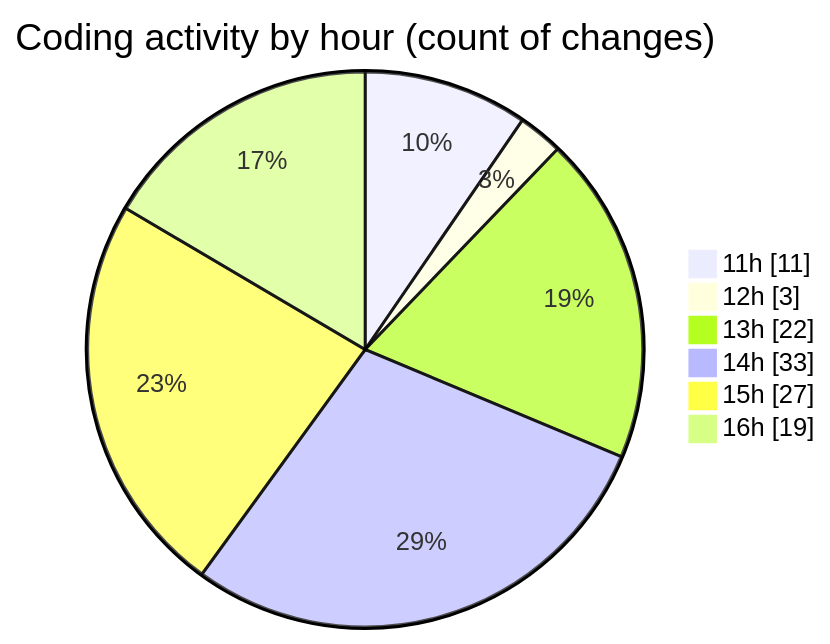
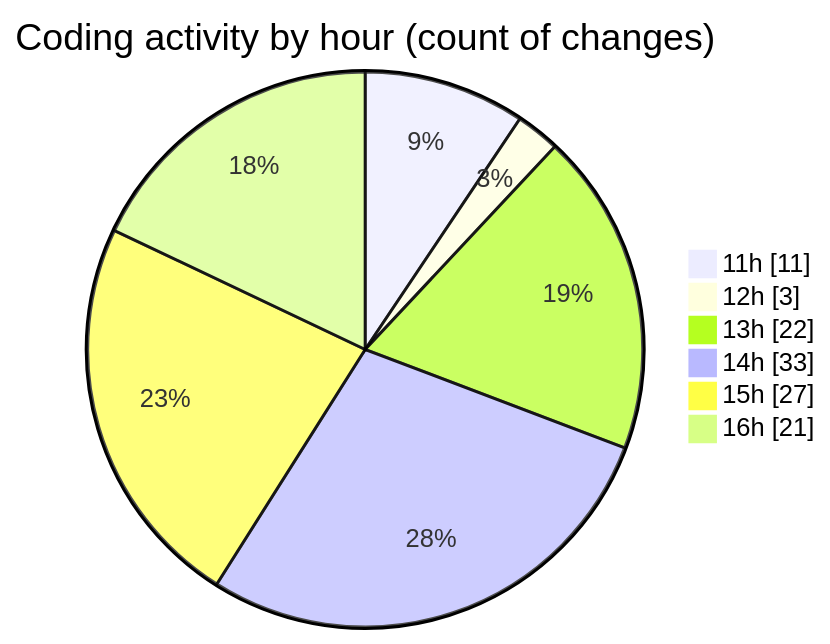
Before and after one commit to momahboobian/code-tracking: the second of 2 diagrams in 2026-05-20/cda/README.md, drawn with Mermaid. The commit also changed other lines of this file and 1 other file, not shown here.

````diff
--- a/2026-05-20/cda/README.md
+++ b/2026-05-20/cda/README.md
@@ -50,10 +52,10 @@
 ```mermaid
 pie showData
 title Coding activity by hour (count of changes)
 "11h" : 11
 "12h" : 3
 "13h" : 22
 "14h" : 33
 "15h" : 27
-"16h" : 19
+"16h" : 21
 ```
````
